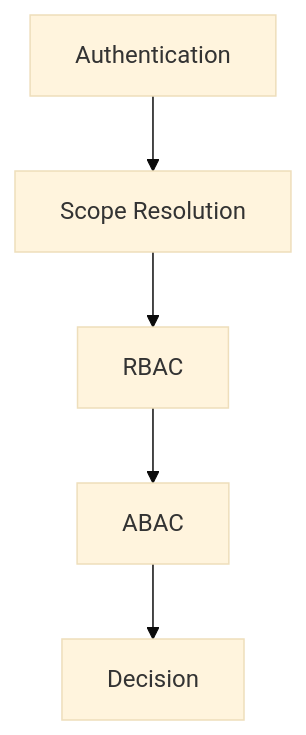
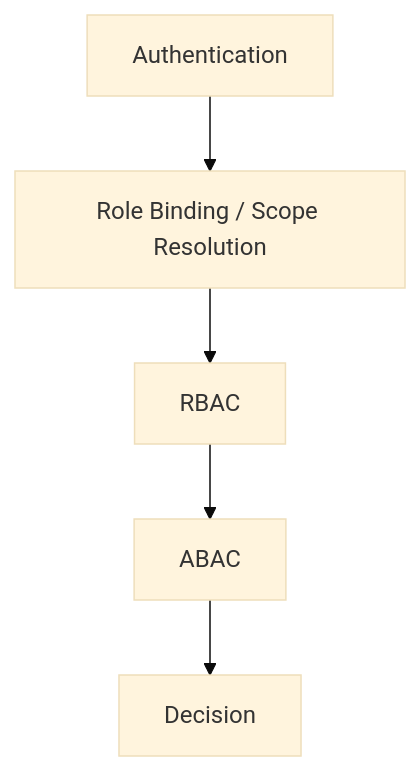
The diagram in docs/details/04_permission-design.md (Asheze1127/hack-evaluater), drawn with Mermaid (base theme) before and after one commit. The commit also changed other lines of this file and 2 other files, not shown here.

````diff
--- a/docs/details/04_permission-design.md
+++ b/docs/details/04_permission-design.md
@@ -40,13 +44,13 @@
 ```mermaid
 flowchart TD
     AUTH[Authentication]
-    SCOPE[Scope Resolution]
+    CONTEXT[Role Binding / Scope Resolution]
     RBAC[RBAC]
     ABAC[ABAC]
     DECISION[Decision]
 
-    AUTH --> SCOPE
-    SCOPE --> RBAC
+    AUTH --> CONTEXT
+    CONTEXT --> RBAC
     RBAC --> ABAC
     ABAC --> DECISION
 ```
````
